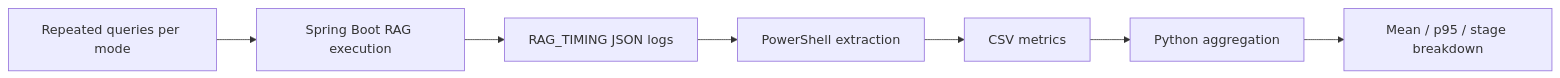
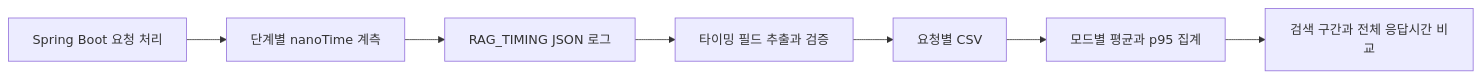
The diagram in README.md (YIM551/rag-retrieval-benchmark), drawn with Mermaid before and after one commit. The commit also changed other lines of this file and 51 other files, not shown here.

Commit message:
Restore historical RAG timing pipeline and reproducible evidence

````diff
--- a/README.md
+++ b/README.md
@@ -26,9 +27,9 @@
 ```mermaid
 flowchart LR
-  Q[Repeated queries per mode] --> B[Spring Boot RAG execution]
-  B --> J[RAG_TIMING JSON logs]
-  J --> X[PowerShell extraction]
-  X --> C[CSV metrics]
-  C --> A[Python aggregation]
-  A --> R[Mean / p95 / stage breakdown]
+    A[Spring Boot 요청 처리] --> B[단계별 nanoTime 계측]
+    B --> C[RAG_TIMING JSON 로그]
+    C --> D[타이밍 필드 추출과 검증]
+    D --> E[요청별 CSV]
+    E --> F[모드별 평균과 p95 집계]
+    F --> G[검색 구간과 전체 응답시간 비교]
 ```
````
